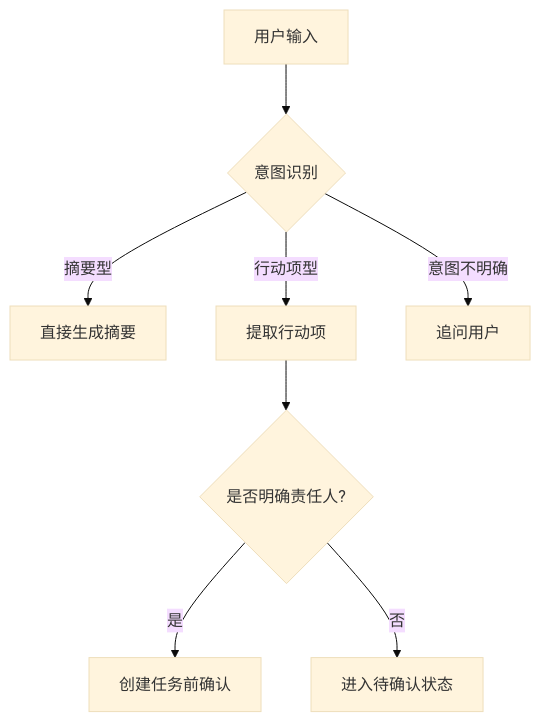
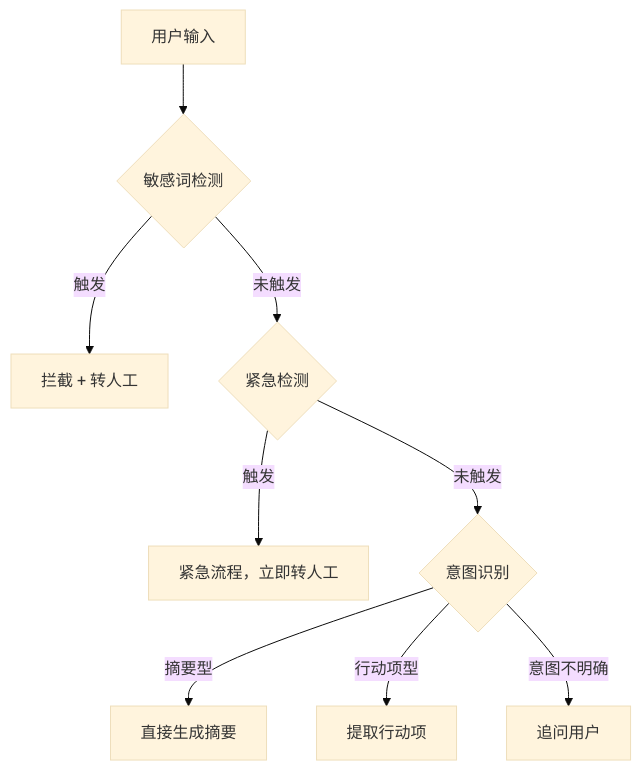
Before and after one commit to Wgdabsolon/agent-prd-writing: the diagram in SKILL.md, drawn with Mermaid (base theme). The commit also changed other lines of this file and 1 other file, not shown here.

````diff
--- a/SKILL.md
+++ b/SKILL.md
@@ -114,10 +196,11 @@
 ```mermaid
 graph TD
-    A[用户输入] --> B{意图识别}
-    B -->|摘要型| C[直接生成摘要]
-    B -->|行动项型| D[提取行动项]
-    D --> E{是否明确责任人?}
-    E -->|是| F[创建任务前确认]
-    E -->|否| G[进入待确认状态]
-    B -->|意图不明确| H[追问用户]
+    A[用户输入] --> B{敏感词检测}
+    B -->|触发| C[拦截 + 转人工]
+    B -->|未触发| D{紧急检测}
+    D -->|触发| E[紧急流程，立即转人工]
+    D -->|未触发| F{意图识别}
+    F -->|摘要型| G[直接生成摘要]
+    F -->|行动项型| H[提取行动项]
+    F -->|意图不明确| I[追问用户]
 ```
````
